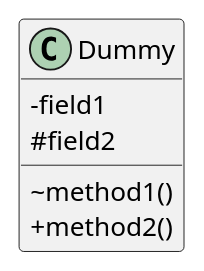
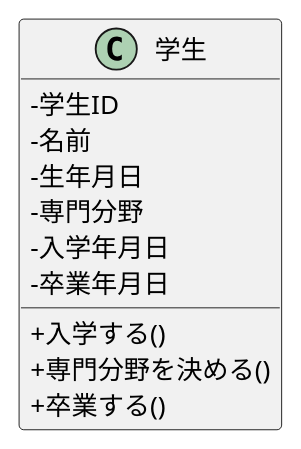
The diagram in 05_web_ronbun/class.pu (ko246/ohara_uml), drawn with PlantUML before and after one commit.

Commit message:
class変更

```diff
--- a/05_web_ronbun/class.pu
+++ b/05_web_ronbun/class.pu
@@ -1,9 +1,17 @@
 @startuml class
 skinparam classAttributeIconSize 0
-class Dummy {
-    -field1
-    #field2
-    ~method1()
-    +method2()
+class 学生 {
+
+    -学生ID 
+    -名前
+    -生年月日
+    -専門分野
+    -入学年月日
+    -卒業年月日
+
+    +入学する()
+    +専門分野を決める()
+    +卒業する()
 }
+
 @enduml
```
